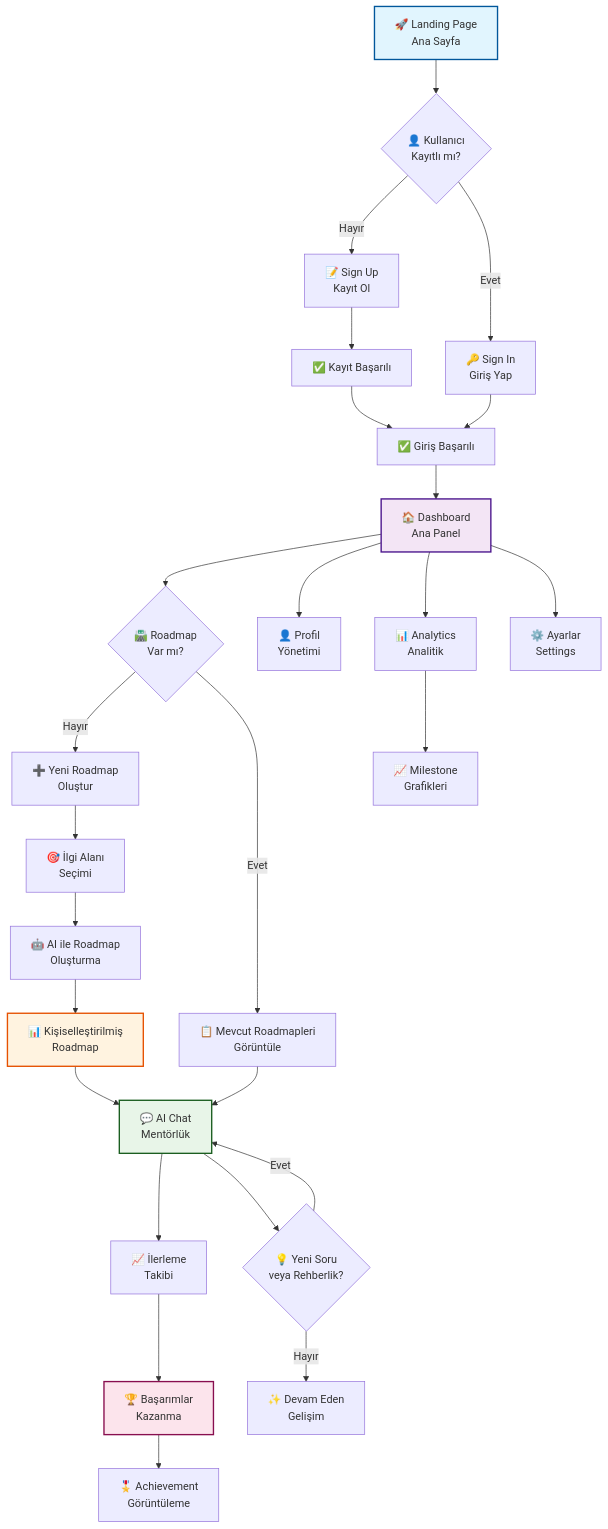
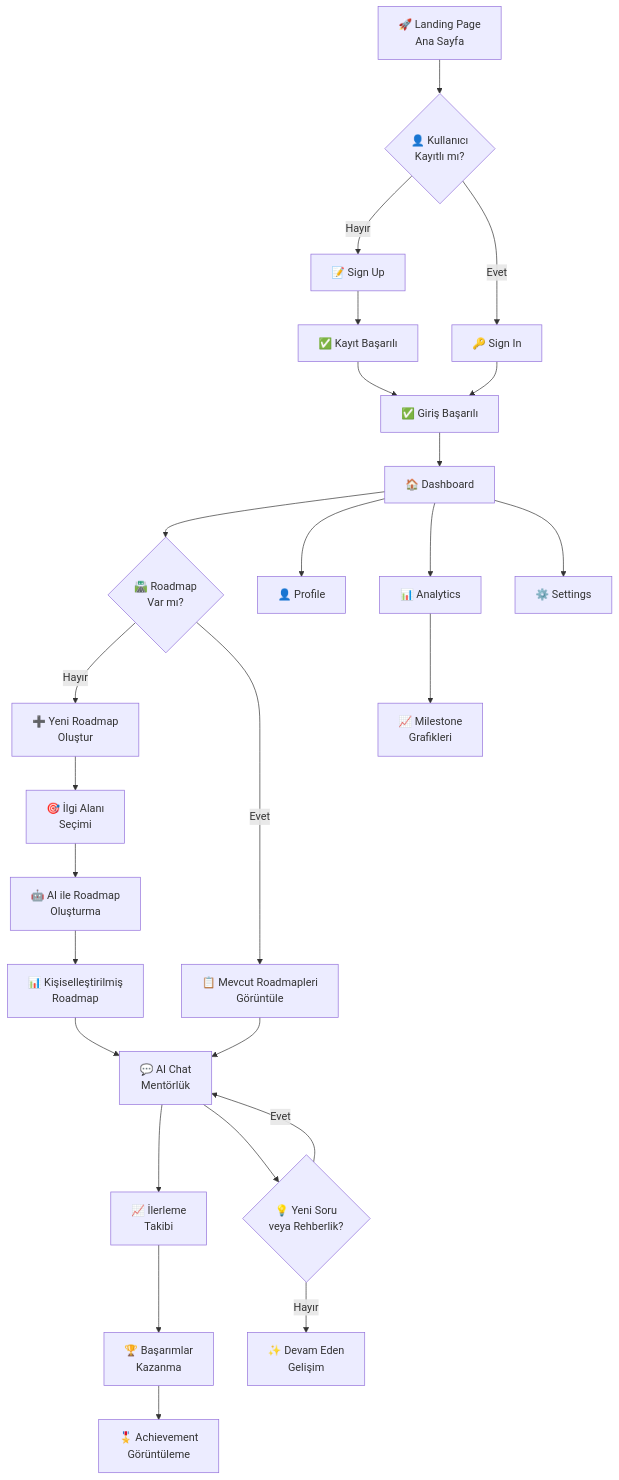
Before and after one commit to tamerakdeniz/AI-Based-Career-Counselor: the diagram in README.md, drawn with Mermaid.

````diff
--- a/README.md
+++ b/README.md
@@ -466,45 +466,40 @@
 ```mermaid
 graph TD
     A["🚀 Landing Page<br/>Ana Sayfa"] --> B{"👤 Kullanıcı<br/>Kayıtlı mı?"}
 
-    B -->|"Hayır"| C["📝 Sign Up<br/>Kayıt Ol"]
-    B -->|"Evet"| D["🔑 Sign In<br/>Giriş Yap"]
+    B -->|"Hayır"| C["📝 Sign Up"]
+    B -->|"Evet"| D["🔑 Sign In"]
 
     C --> E["✅ Kayıt Başarılı"]
     D --> F["✅ Giriş Başarılı"]
     E --> F
 
-    F --> G["🏠 Dashboard<br/>Ana Panel"]
+    F --> G["🏠 Dashboard"]
 
     G --> H{"🛣️ Roadmap<br/>Var mı?"}
 
     H -->|"Hayır"| I["➕ Yeni Roadmap<br/>Oluştur"]
     H -->|"Evet"| J["📋 Mevcut Roadmapleri<br/>Görüntüle"]
 
     I --> K["🎯 İlgi Alanı<br/>Seçimi"]
     K --> L["🤖 AI ile Roadmap<br/>Oluşturma"]
     L --> M["📊 Kişiselleştirilmiş<br/>Roadmap"]
 
     M --> N["💬 AI Chat<br/>Mentörlük"]
     J --> N
 
     N --> O["📈 İlerleme<br/>Takibi"]
     O --> P["🏆 Başarımlar<br/>Kazanma"]
 
-    G --> Q["👤 Profil<br/>Yönetimi"]
-    G --> R["📊 Analytics<br/>Analitik"]
-    G --> S["⚙️ Ayarlar<br/>Settings"]
+    G --> Q["👤 Profile"]
+    G --> R["📊 Analytics"]
+    G --> S["⚙️ Settings"]
 
     P --> T["🎖️ Achievement<br/>Görüntüleme"]
     R --> U["📈 Milestone<br/>Grafikleri"]
 
     N --> V{"💡 Yeni Soru<br/>veya Rehberlik?"}
     V -->|"Evet"| N
     V -->|"Hayır"| W["✨ Devam Eden<br/>Gelişim"]
 
-    style A fill:#e1f5fe,stroke:#01579b,stroke-width:2px
-    style G fill:#f3e5f5,stroke:#4a148c,stroke-width:2px
-    style N fill:#e8f5e8,stroke:#1b5e20,stroke-width:2px
-    style M fill:#fff3e0,stroke:#e65100,stroke-width:2px
-    style P fill:#fce4ec,stroke:#880e4f,stroke-width:2px
 ```
````
